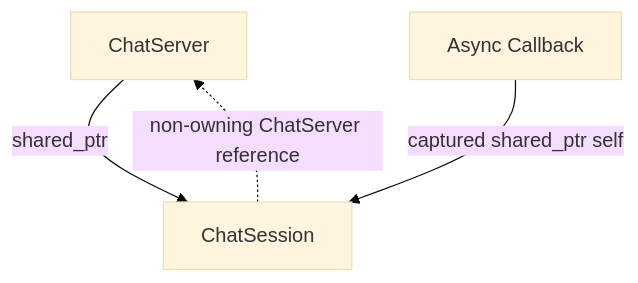
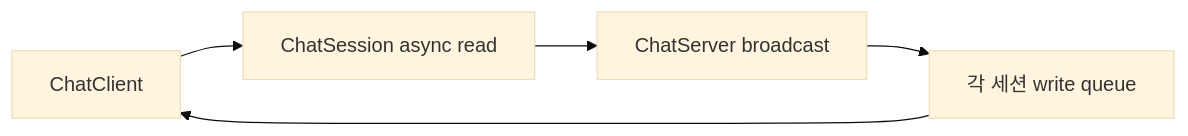
The diagram in BoostAsioChat/README.md (R-lth/cpp_boost.asio), drawn with Mermaid (base theme) before and after one commit. The commit also changed other lines of this file and 19 other files, not shown here.

````diff
--- a/BoostAsioChat/README.md
+++ b/BoostAsioChat/README.md
@@ -72,6 +18,7 @@
 ```mermaid
-flowchart TD
-    Server[ChatServer] -->|shared_ptr| Session[ChatSession]
-    Callback[Async Callback] -->|captured shared_ptr self| Session
-    Session -.->|non-owning ChatServer reference| Server
+flowchart LR
+    Client[ChatClient] --> Session[ChatSession async read]
+    Session --> Server[ChatServer broadcast]
+    Server --> Queue[각 세션 write queue]
+    Queue --> Client
 ```
````
